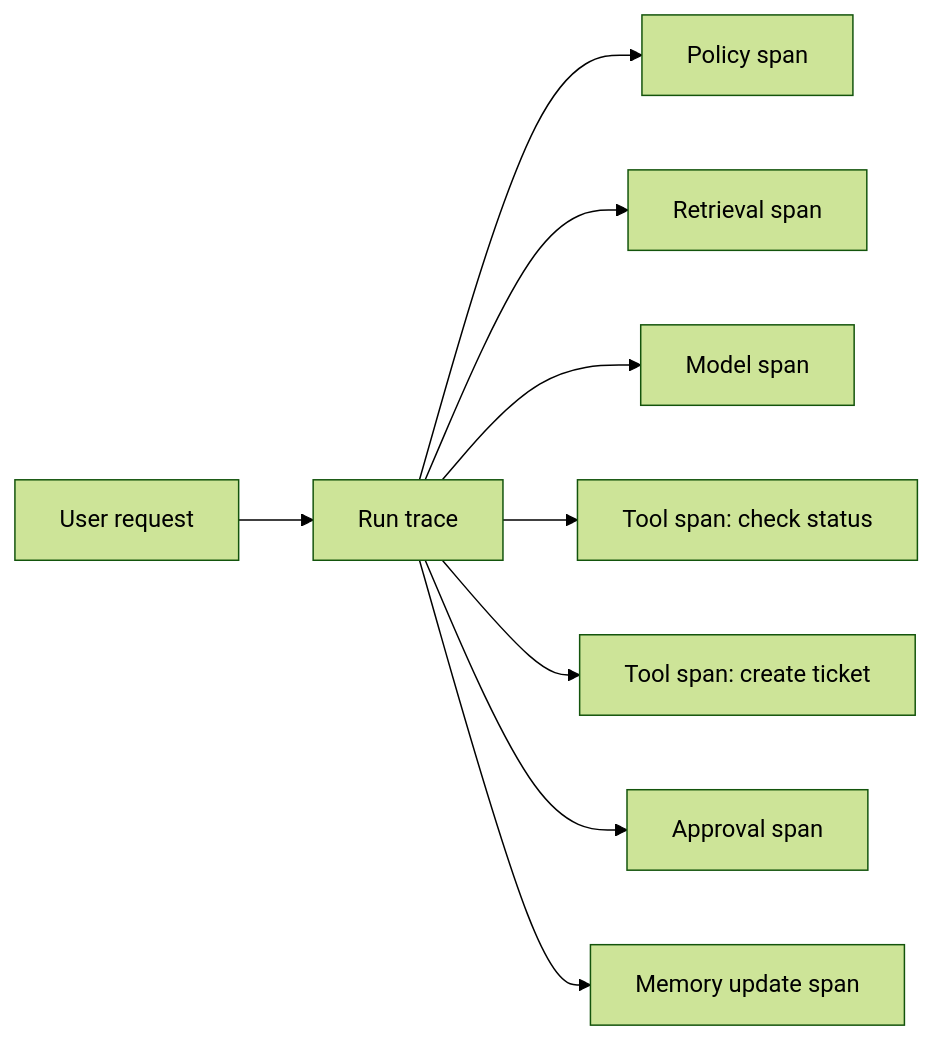
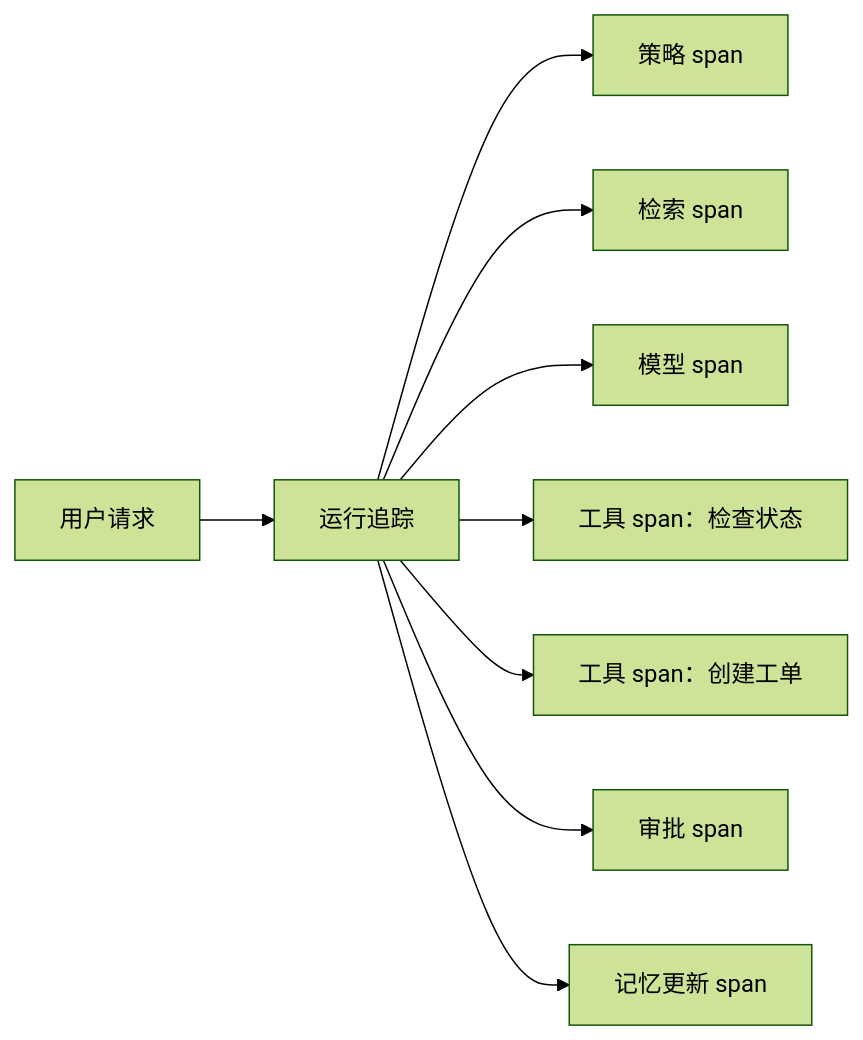
Before and after one commit to agent-axiom/agent-arch: the diagram in docs/book/part-v/chapter-11.zh.md, drawn with Mermaid (forest theme). The commit also changed other lines of this file, not shown here.

````diff
--- a/docs/book/part-v/chapter-11.zh.md
+++ b/docs/book/part-v/chapter-11.zh.md
@@ -72,11 +72,11 @@
 ``` mermaid
 flowchart LR
-    A["User request"] --> B["Run trace"]
-    B --> C["Policy span"]
-    B --> D["Retrieval span"]
-    B --> E["Model span"]
-    B --> F["Tool span: check status"]
-    B --> G["Tool span: create ticket"]
-    B --> H["Approval span"]
-    B --> I["Memory update span"]
+    A["用户请求"] --> B["运行追踪"]
+    B --> C["策略 span"]
+    B --> D["检索 span"]
+    B --> E["模型 span"]
+    B --> F["工具 span：检查状态"]
+    B --> G["工具 span：创建工单"]
+    B --> H["审批 span"]
+    B --> I["记忆更新 span"]
 ```
````
